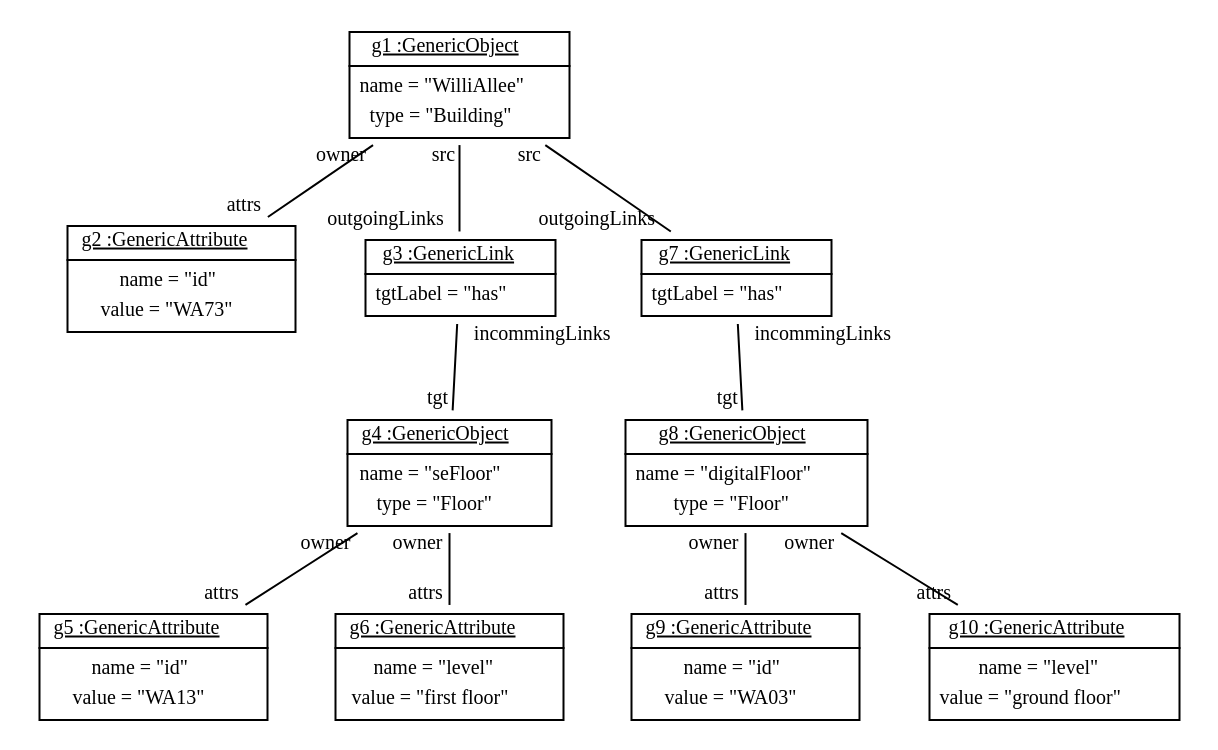
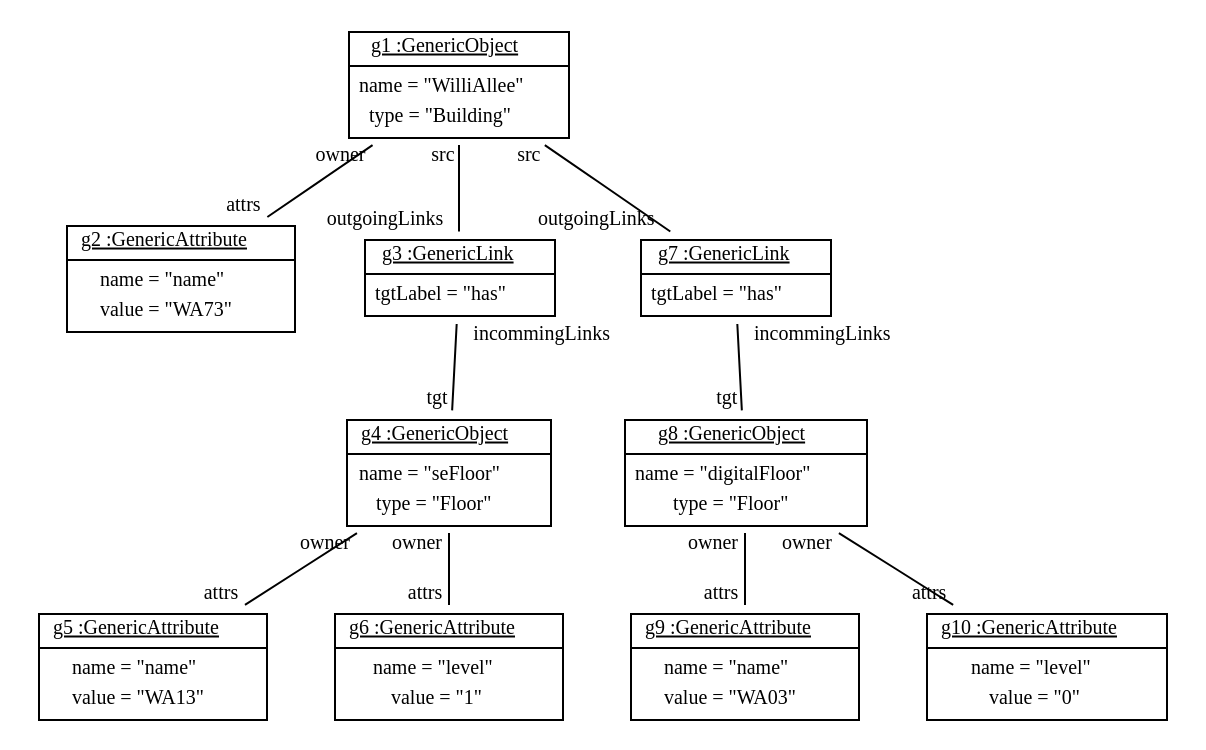
One commit to fujaba/SDMLib changed the diagram in doc/GenericObjectDiagram6.dot. Above: the diagram before and after it, drawn with Graphviz. The commit also changed 35 other files, not shown here.

```diff
--- a/doc/GenericObjectDiagram6.dot
+++ b/doc/GenericObjectDiagram6.dot
@@ -1,25 +1,25 @@
 graph ObjectDiagram {
    node [shape = none, fontsize = 10];
    edge [fontsize = 10];
 
 g1 [label=<<table border='0' cellborder='1' cellspacing='0'> <tr> <td> <u>g1 :GenericObject</u></td></tr><tr><td><table border='0' cellborder='0' cellspacing='0'><tr><td>name = "WilliAllee"</td></tr><tr><td>type = "Building"</td></tr></table></td></tr></table>>];
-g2 [label=<<table border='0' cellborder='1' cellspacing='0'> <tr> <td> <u>g2 :GenericAttribute</u></td></tr><tr><td><table border='0' cellborder='0' cellspacing='0'><tr><td>name = "id"</td></tr><tr><td>value = "WA73"</td></tr></table></td></tr></table>>];
+g2 [label=<<table border='0' cellborder='1' cellspacing='0'> <tr> <td> <u>g2 :GenericAttribute</u></td></tr><tr><td><table border='0' cellborder='0' cellspacing='0'><tr><td>name = "name"</td></tr><tr><td>value = "WA73"</td></tr></table></td></tr></table>>];
 g3 [label=<<table border='0' cellborder='1' cellspacing='0'> <tr> <td> <u>g3 :GenericLink</u></td></tr><tr><td><table border='0' cellborder='0' cellspacing='0'><tr><td>tgtLabel = "has"</td></tr></table></td></tr></table>>];
 g4 [label=<<table border='0' cellborder='1' cellspacing='0'> <tr> <td> <u>g4 :GenericObject</u></td></tr><tr><td><table border='0' cellborder='0' cellspacing='0'><tr><td>name = "seFloor"</td></tr><tr><td>type = "Floor"</td></tr></table></td></tr></table>>];
-g5 [label=<<table border='0' cellborder='1' cellspacing='0'> <tr> <td> <u>g5 :GenericAttribute</u></td></tr><tr><td><table border='0' cellborder='0' cellspacing='0'><tr><td>name = "id"</td></tr><tr><td>value = "WA13"</td></tr></table></td></tr></table>>];
-g6 [label=<<table border='0' cellborder='1' cellspacing='0'> <tr> <td> <u>g6 :GenericAttribute</u></td></tr><tr><td><table border='0' cellborder='0' cellspacing='0'><tr><td>name = "level"</td></tr><tr><td>value = "first floor"</td></tr></table></td></tr></table>>];
+g5 [label=<<table border='0' cellborder='1' cellspacing='0'> <tr> <td> <u>g5 :GenericAttribute</u></td></tr><tr><td><table border='0' cellborder='0' cellspacing='0'><tr><td>name = "name"</td></tr><tr><td>value = "WA13"</td></tr></table></td></tr></table>>];
+g6 [label=<<table border='0' cellborder='1' cellspacing='0'> <tr> <td> <u>g6 :GenericAttribute</u></td></tr><tr><td><table border='0' cellborder='0' cellspacing='0'><tr><td>name = "level"</td></tr><tr><td>value = "1"</td></tr></table></td></tr></table>>];
 g7 [label=<<table border='0' cellborder='1' cellspacing='0'> <tr> <td> <u>g7 :GenericLink</u></td></tr><tr><td><table border='0' cellborder='0' cellspacing='0'><tr><td>tgtLabel = "has"</td></tr></table></td></tr></table>>];
 g8 [label=<<table border='0' cellborder='1' cellspacing='0'> <tr> <td> <u>g8 :GenericObject</u></td></tr><tr><td><table border='0' cellborder='0' cellspacing='0'><tr><td>name = "digitalFloor"</td></tr><tr><td>type = "Floor"</td></tr></table></td></tr></table>>];
-g9 [label=<<table border='0' cellborder='1' cellspacing='0'> <tr> <td> <u>g9 :GenericAttribute</u></td></tr><tr><td><table border='0' cellborder='0' cellspacing='0'><tr><td>name = "id"</td></tr><tr><td>value = "WA03"</td></tr></table></td></tr></table>>];
-g10 [label=<<table border='0' cellborder='1' cellspacing='0'> <tr> <td> <u>g10 :GenericAttribute</u></td></tr><tr><td><table border='0' cellborder='0' cellspacing='0'><tr><td>name = "level"</td></tr><tr><td>value = "ground floor"</td></tr></table></td></tr></table>>];
+g9 [label=<<table border='0' cellborder='1' cellspacing='0'> <tr> <td> <u>g9 :GenericAttribute</u></td></tr><tr><td><table border='0' cellborder='0' cellspacing='0'><tr><td>name = "name"</td></tr><tr><td>value = "WA03"</td></tr></table></td></tr></table>>];
+g10 [label=<<table border='0' cellborder='1' cellspacing='0'> <tr> <td> <u>g10 :GenericAttribute</u></td></tr><tr><td><table border='0' cellborder='0' cellspacing='0'><tr><td>name = "level"</td></tr><tr><td>value = "0"</td></tr></table></td></tr></table>>];
 
 g1 -- g2 [headlabel = "attrs" taillabel = "owner"];
 g1 -- g3 [headlabel = "outgoingLinks" taillabel = "src"];
 g1 -- g7 [headlabel = "outgoingLinks" taillabel = "src"];
 g3 -- g4 [headlabel = "tgt" taillabel = "incommingLinks"];
 g4 -- g5 [headlabel = "attrs" taillabel = "owner"];
 g4 -- g6 [headlabel = "attrs" taillabel = "owner"];
 g7 -- g8 [headlabel = "tgt" taillabel = "incommingLinks"];
 g8 -- g10 [headlabel = "attrs" taillabel = "owner"];
 g8 -- g9 [headlabel = "attrs" taillabel = "owner"];
 }
```
